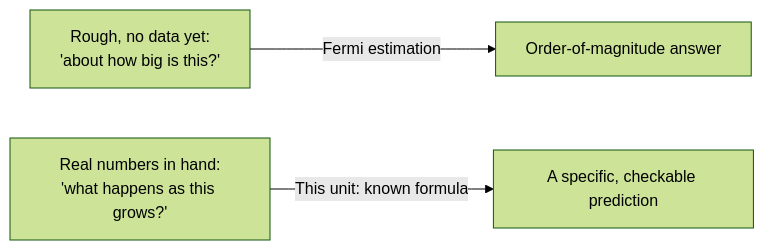
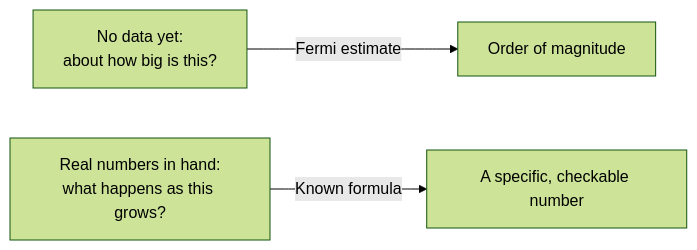
Before and after one commit to francoandreDev/knowledge: the diagram in src/content/applied-math/math-tool-prediction/L1-summary.mdx, drawn with Mermaid (forest theme). The commit also changed other lines of this file and 3 other files, not shown here.

````diff
--- a/src/content/applied-math/math-tool-prediction/L1-summary.mdx
+++ b/src/content/applied-math/math-tool-prediction/L1-summary.mdx
@@ -53,5 +82,5 @@
 ```mermaid
 flowchart LR
-    Q1["Rough, no data yet:\n'about how big is this?'"] -->|Fermi estimation| A1["Order-of-magnitude answer"]
-    Q2["Real numbers in hand:\n'what happens as this grows?'"] -->|This unit: known formula| A2["A specific, checkable prediction"]
+    A["No data yet:<br/>about how big is this?"] -->|"Fermi estimate"| B["Order of magnitude"]
+    C["Real numbers in hand:<br/>what happens as this grows?"] -->|"Known formula"| D["A specific, checkable number"]
 ```
````
